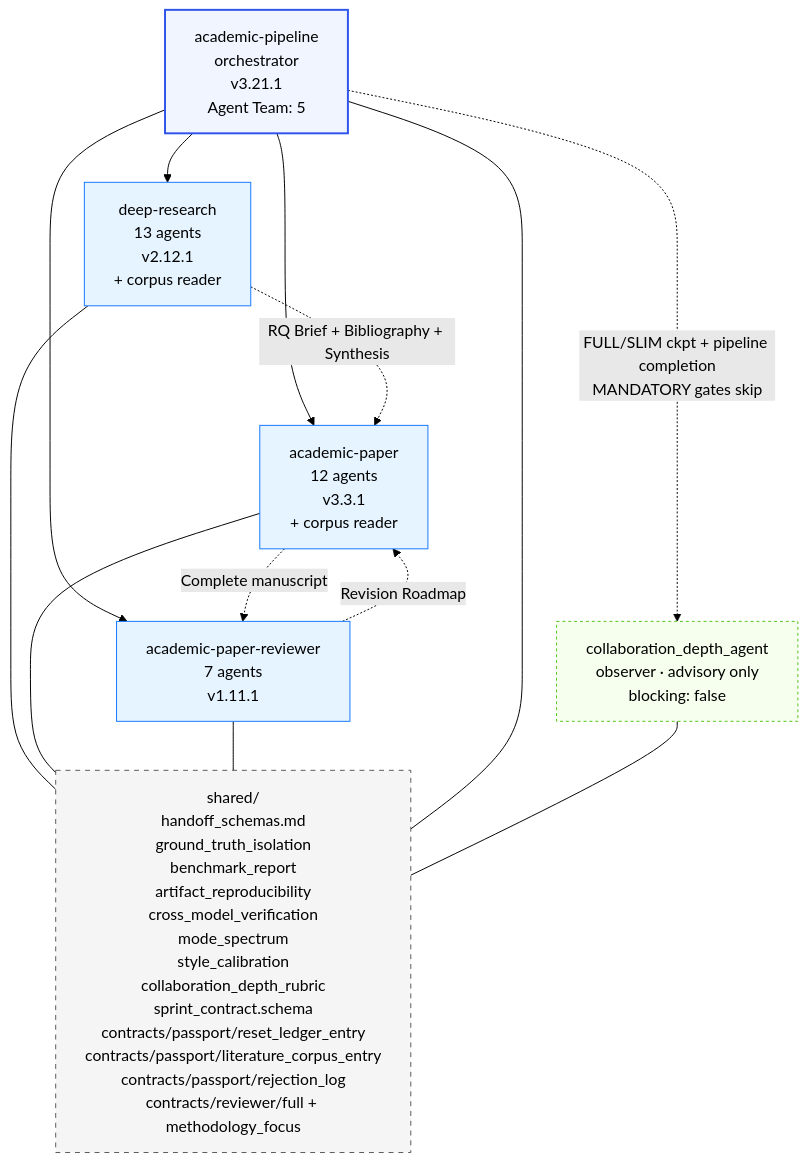
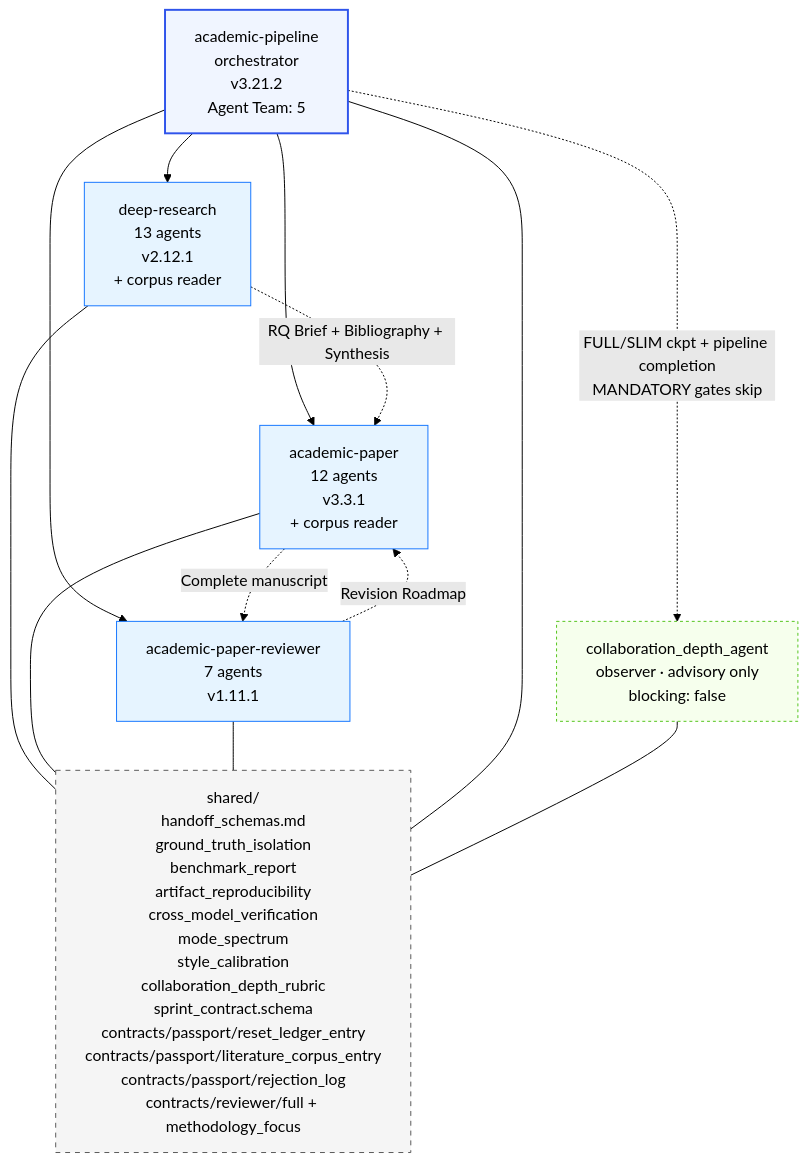
Before and after one commit to viseshrp/ai-skills-archive: the fourth of 5 diagrams in archives/Imbad0202__academic-research-skills/snapshot/docs/ARCHITECTURE.md, drawn with Mermaid (forest theme). The commit also changed other lines of this file and 132 other files, not shown here.

````diff
--- a/archives/Imbad0202__academic-research-skills/snapshot/docs/ARCHITECTURE.md
+++ b/archives/Imbad0202__academic-research-skills/snapshot/docs/ARCHITECTURE.md
@@ -218,31 +218,31 @@
 ```mermaid
 graph TD
-    Pipeline[academic-pipeline<br/>orchestrator<br/>v3.21.1<br/>Agent Team: 5]
+    Pipeline[academic-pipeline<br/>orchestrator<br/>v3.21.2<br/>Agent Team: 5]
     Observer[collaboration_depth_agent<br/>observer · advisory only<br/>blocking: false]
     DR[deep-research<br/>13 agents<br/>v2.12.1<br/>+ corpus reader]
     AP[academic-paper<br/>12 agents<br/>v3.3.1<br/>+ corpus reader]
     APR[academic-paper-reviewer<br/>7 agents<br/>v1.11.1]
     Shared[shared/<br/>handoff_schemas.md<br/>ground_truth_isolation<br/>benchmark_report<br/>artifact_reproducibility<br/>cross_model_verification<br/>mode_spectrum<br/>style_calibration<br/>collaboration_depth_rubric<br/>sprint_contract.schema<br/>contracts/passport/reset_ledger_entry<br/>contracts/passport/literature_corpus_entry<br/>contracts/passport/rejection_log<br/>contracts/reviewer/full + methodology_focus]
 
     Pipeline --> DR
     Pipeline --> AP
     Pipeline --> APR
     Pipeline -. "FULL/SLIM ckpt + pipeline completion<br/>MANDATORY gates skip" .-> Observer
     DR -. "RQ Brief + Bibliography + Synthesis" .-> AP
     AP -. "Complete manuscript" .-> APR
     APR -. "Revision Roadmap" .-> AP
     DR --- Shared
     AP --- Shared
     APR --- Shared
     Pipeline --- Shared
     Observer --- Shared
 
     classDef orch fill:#f0f5ff,stroke:#2f54eb,stroke-width:2px
     classDef skill fill:#e6f4ff,stroke:#1677ff
     classDef shared fill:#f5f5f5,stroke:#595959,stroke-dasharray:5 5
     classDef observer fill:#f6ffed,stroke:#52c41a,stroke-dasharray:3 3
     class Pipeline orch
     class DR,AP,APR skill
     class Shared shared
     class Observer observer
 ```
````
